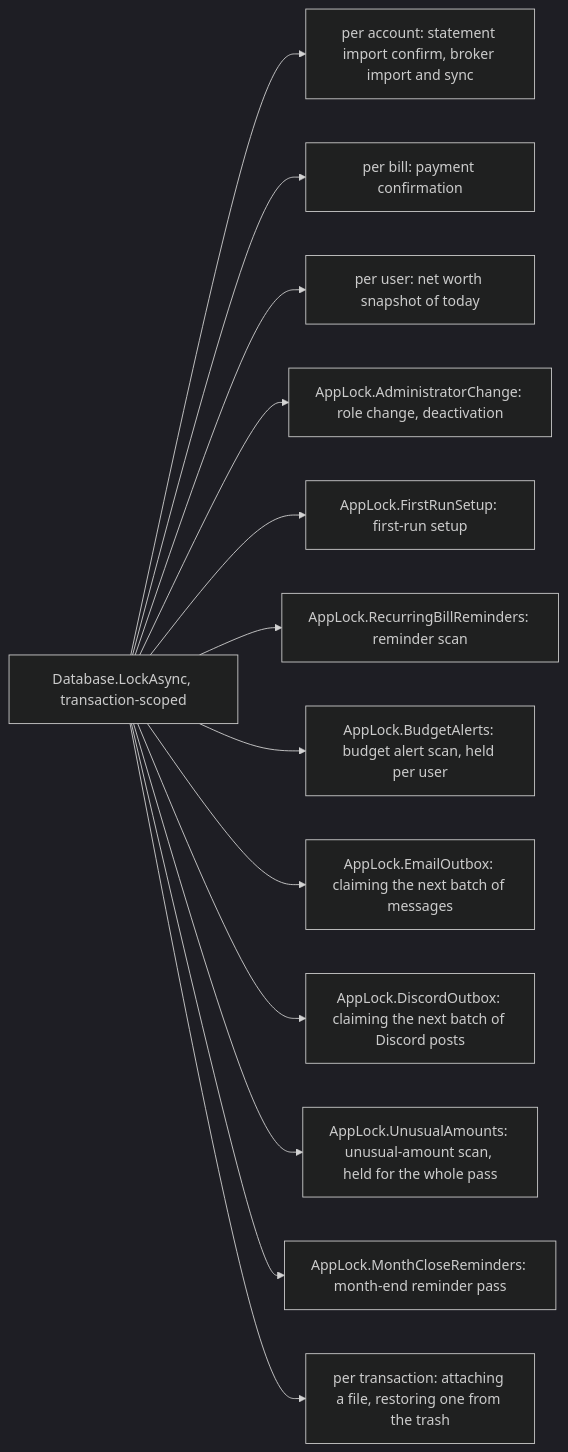
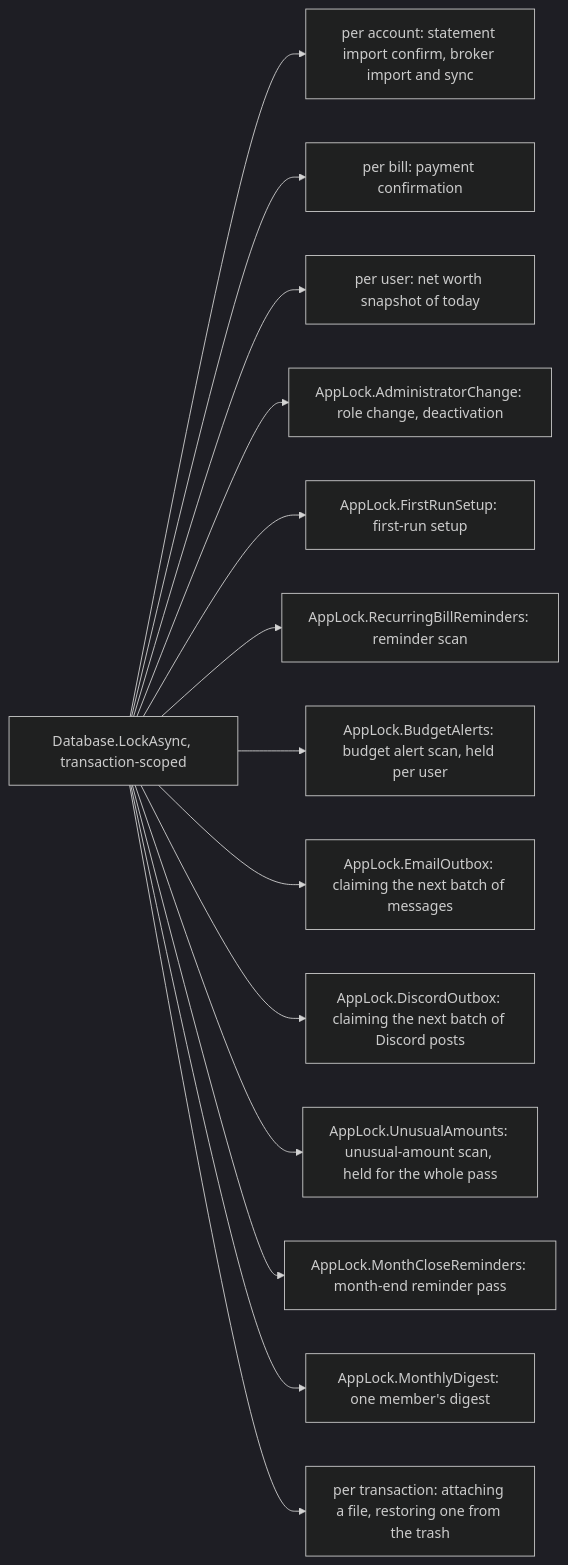
One commit to Justxs/Jx-Finance changed the second of 2 diagrams in docs/features/background-jobs.md. Above: the diagram before and after it, drawn with Mermaid (dark theme). The commit also changed other lines of this file and 80 other files, not shown here.

First line of the commit message:
feat(notifications): send a monthly digest by email or Discord

````diff
--- a/docs/features/background-jobs.md
+++ b/docs/features/background-jobs.md
@@ -84,15 +88,16 @@
 ```mermaid
 flowchart LR
     Lock["Database.LockAsync, transaction-scoped"] --> A["per account: statement import confirm, broker import and sync"]
     Lock --> Bi["per bill: payment confirmation"]
     Lock --> U["per user: net worth snapshot of today"]
     Lock --> Adm["AppLock.AdministratorChange: role change, deactivation"]
     Lock --> Setup["AppLock.FirstRunSetup: first-run setup"]
     Lock --> Rem["AppLock.RecurringBillReminders: reminder scan"]
     Lock --> Bud["AppLock.BudgetAlerts: budget alert scan, held per user"]
     Lock --> Mail["AppLock.EmailOutbox: claiming the next batch of messages"]
     Lock --> Disc["AppLock.DiscordOutbox: claiming the next batch of Discord posts"]
     Lock --> Unu["AppLock.UnusualAmounts: unusual-amount scan, held for the whole pass"]
     Lock --> Close["AppLock.MonthCloseReminders: month-end reminder pass"]
+    Lock --> Dig["AppLock.MonthlyDigest: one member's digest"]
     Lock --> Att["per transaction: attaching a file, restoring one from the trash"]
 ```
````
